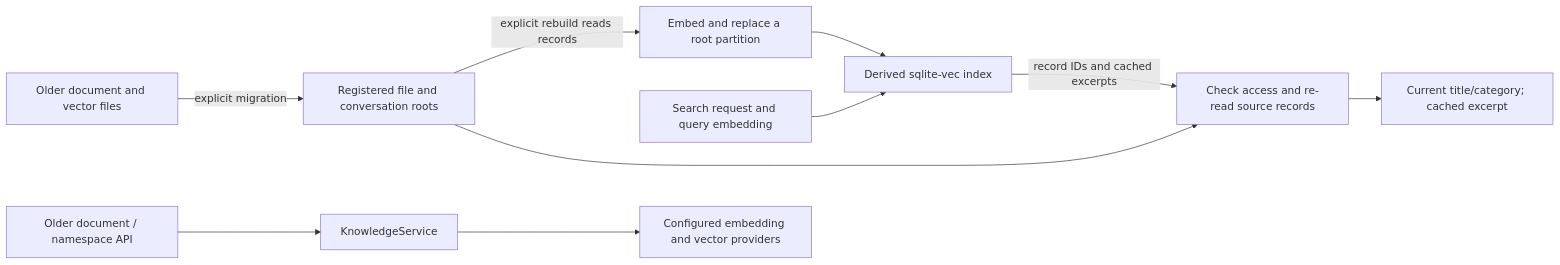
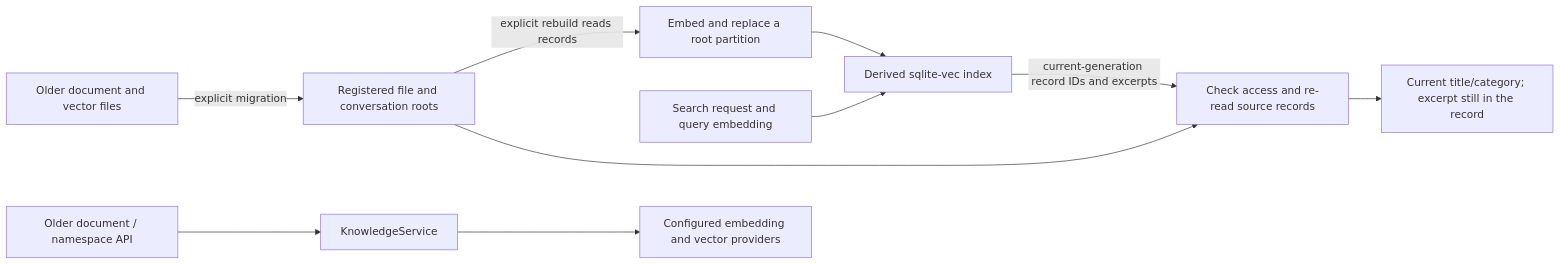
One commit to kontourai/station changed the diagram in docs/guides/knowledge.md. Above: the diagram before and after it, drawn with Mermaid. The commit also changed other lines of this file and 22 other files, not shown here.

First line of the commit message:
fix(knowledge): bind search to the embedding generation and current excerpts; refill topK after authorization

````diff
--- a/docs/guides/knowledge.md
+++ b/docs/guides/knowledge.md
@@ -91,12 +92,12 @@
 ```mermaid
 flowchart LR
   Roots["Registered file and conversation roots"] -->|"explicit rebuild reads records"| Build["Embed and replace a root partition"]
   Build --> Index["Derived sqlite-vec index"]
   Search["Search request and query embedding"] --> Index
-  Index -->|"record IDs and cached excerpts"| Resolve["Check access and re-read source records"]
+  Index -->|"current-generation record IDs and excerpts"| Resolve["Check access and re-read source records"]
   Roots --> Resolve
-  Resolve --> Result["Current title/category; cached excerpt"]
+  Resolve --> Result["Current title/category; excerpt still in the record"]
   Legacy["Older document / namespace API"] --> Service["KnowledgeService"]
   Service --> Providers["Configured embedding and vector providers"]
   OldFiles["Older document and vector files"] -->|"explicit migration"| Roots
 ```
````
